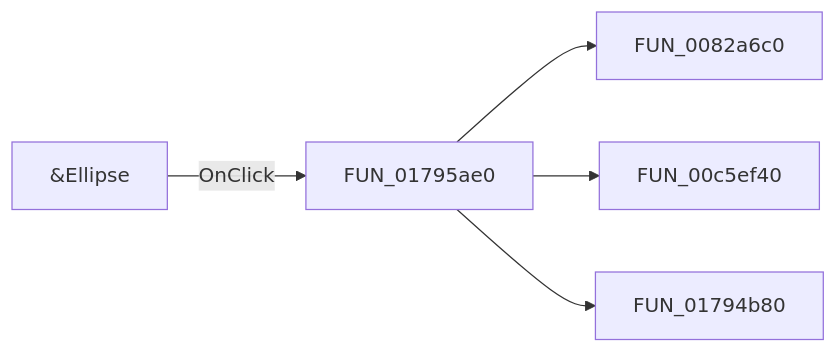
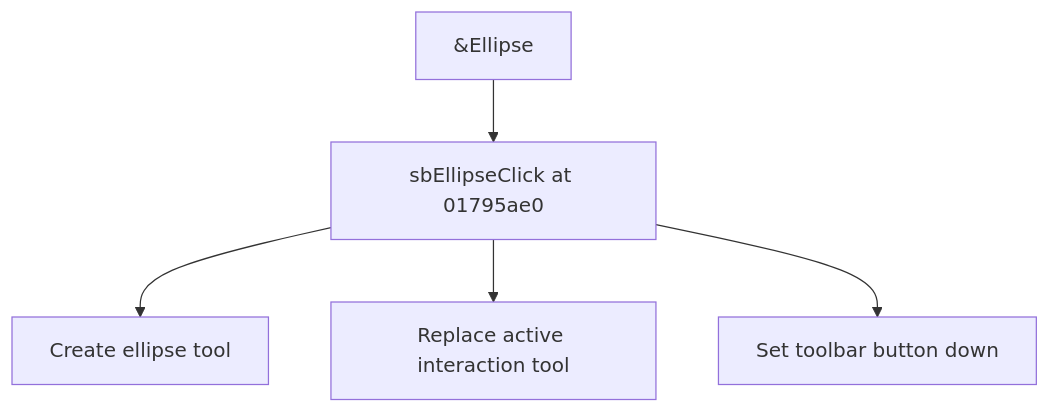
Before and after one commit to MovGP0/TIARA: the diagram in docs/ui-controls/shapeedit/mnuellipse-72f1100122.md, drawn with Mermaid. The commit also changed other lines of this file and 1062 other files, not shown here.

````diff
--- a/docs/ui-controls/shapeedit/mnuellipse-72f1100122.md
+++ b/docs/ui-controls/shapeedit/mnuellipse-72f1100122.md
@@ -27,7 +27,7 @@
 ```mermaid
-flowchart LR
-    control["&Ellipse"] -->|OnClick| handler["FUN_01795ae0"]
-    handler --> call1["FUN_0082a6c0"]
-    handler --> call2["FUN_00c5ef40"]
-    handler --> call3["FUN_01794b80"]
+flowchart TD
+    control["&Ellipse"] --> handler["sbEllipseClick at 01795ae0"]
+    handler --> step1["Create ellipse tool"]
+    handler --> step2["Replace active interaction tool"]
+    handler --> step3["Set toolbar button down"]
 ```
````
